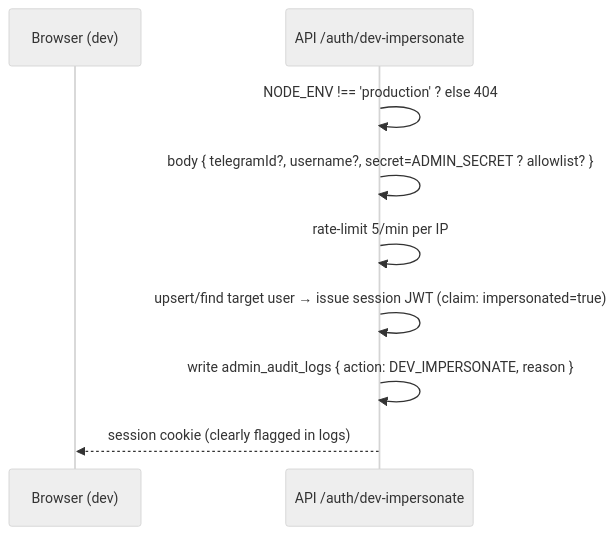
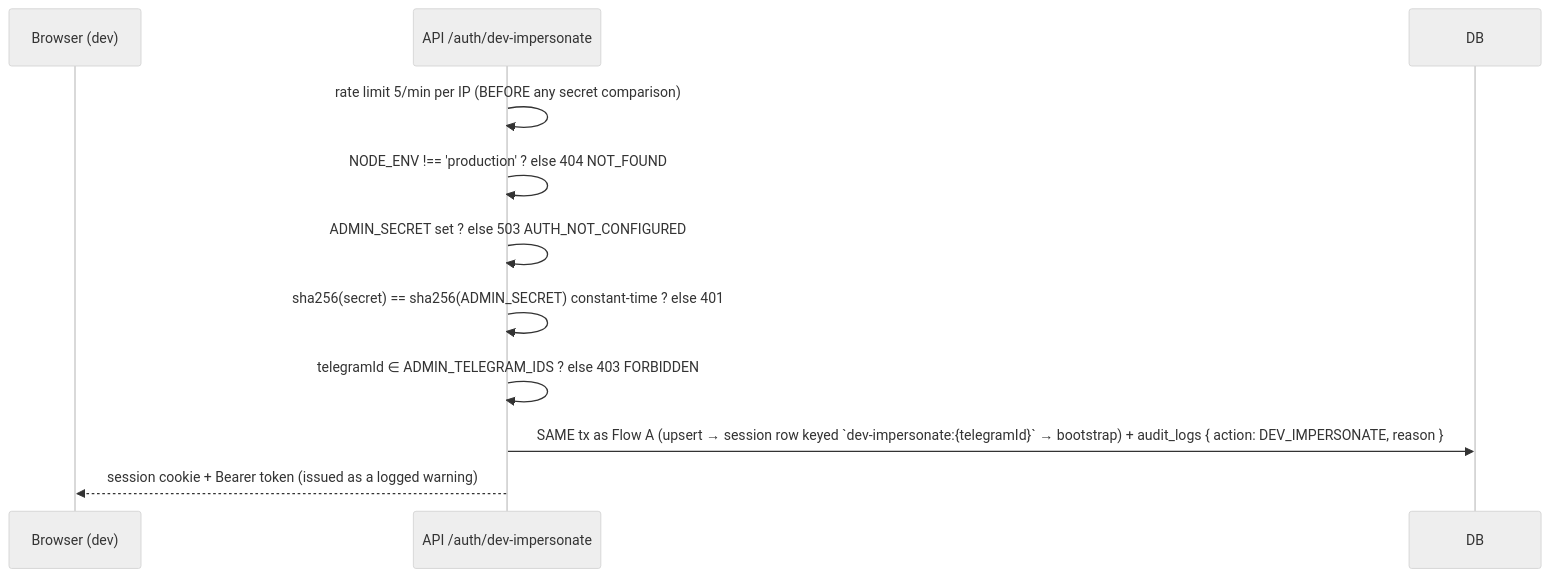
The second of 3 diagrams in docs/AUTHENTICATION.md (veylora03-stack/warlords), drawn with Mermaid (neutral theme) before and after one commit. The commit also changed other lines of this file and 42 other files, not shown here.

Commit message:
feat(phase-3): telegram authentication — official initData HMAC verification, DB-backed JWT sessions with replay defense, authorization guard, transactional player bootstrap, rate limiting, dev impersonation, 107 tests

````diff
--- a/docs/AUTHENTICATION.md
+++ b/docs/AUTHENTICATION.md
@@ -46,11 +52,12 @@
 ```mermaid
 sequenceDiagram
     participant C as Browser (dev)
     participant S as API /auth/dev-impersonate
-    S->>S: NODE_ENV !== 'production' ? else 404
-    S->>S: body { telegramId?, username?, secret=ADMIN_SECRET ? allowlist? }
-    S->>S: rate-limit 5/min per IP
-    S->>S: upsert/find target user → issue session JWT (claim: impersonated=true)
-    S->>S: write admin_audit_logs { action: DEV_IMPERSONATE, reason }
-    S-->>C: session cookie (clearly flagged in logs)
+    S->>S: rate limit 5/min per IP (BEFORE any secret comparison)
+    S->>S: NODE_ENV !== 'production' ? else 404 NOT_FOUND
+    S->>S: ADMIN_SECRET set ? else 503 AUTH_NOT_CONFIGURED
+    S->>S: sha256(secret) == sha256(ADMIN_SECRET) constant-time ? else 401
+    S->>S: telegramId ∈ ADMIN_TELEGRAM_IDS ? else 403 FORBIDDEN
+    S->>DB: SAME tx as Flow A (upsert → session row keyed `dev-impersonate:{telegramId}` → bootstrap) + audit_logs { action: DEV_IMPERSONATE, reason }
+    S-->>C: session cookie + Bearer token (issued as a logged warning)
 ```
````
